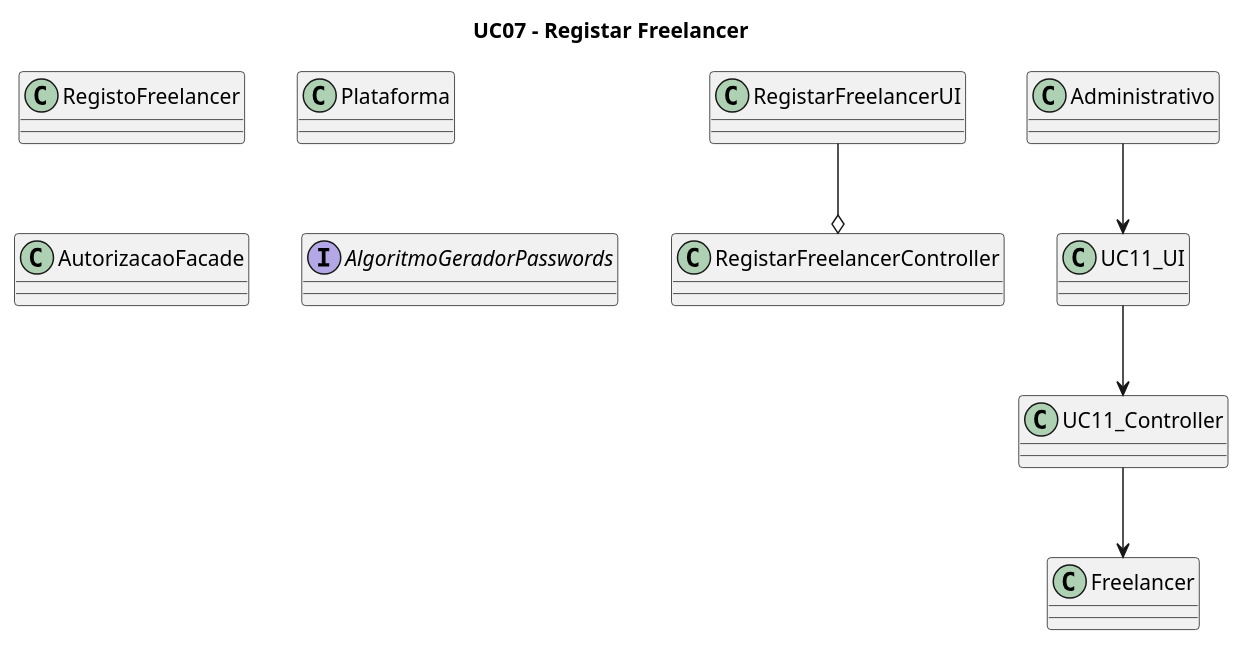
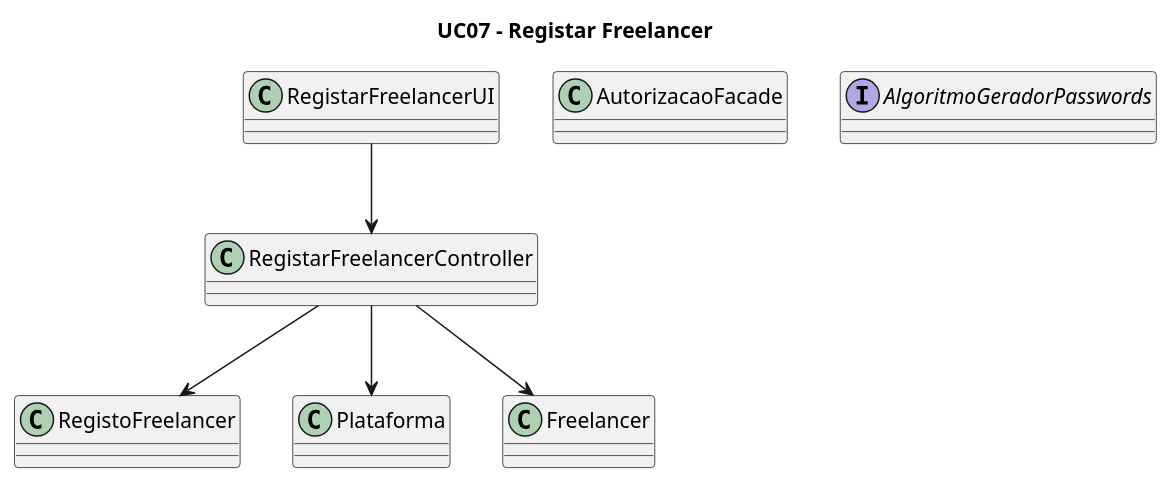
The diagram in Documentação/Sprint 3/UC07_Registar_Freelancer/UC07_Registar_Freelancer_Diagrama_Classes.puml (blestonbandeiraUPSKILL/upskill_java1_labprg_grupo2), drawn with PlantUML before and after one commit.

```diff
--- a/Documentação/Sprint 3/UC07_Registar_Freelancer/UC07_Registar_Freelancer_Diagrama_Classes.puml
+++ b/Documentação/Sprint 3/UC07_Registar_Freelancer/UC07_Registar_Freelancer_Diagrama_Classes.puml
@@ -1,31 +1,32 @@
 @startuml
 
 title UC07 - Registar Freelancer
 
 class RegistarFreelancerUI {
 }
 
 class RegistarFreelancerController {
 }
 
 class RegistoFreelancer {
 }
 
 class Plataforma {
 }
 
 class Freelancer {
 }
 
 class AutorizacaoFacade {
 }
 
 interface AlgoritmoGeradorPasswords {
 }
 
-RegistarFreelancerUI --o RegistarFreelancerController
-Administrativo --> UC11_UI
-UC11_UI --> UC11_Controller
-UC11_Controller --> Freelancer
+RegistarFreelancerUI --> RegistarFreelancerController
+RegistarFreelancerController --> Freelancer
+RegistarFreelancerController --> RegistoFreelancer
+RegistarFreelancerController --> Plataforma
+
 
 @enduml
```
